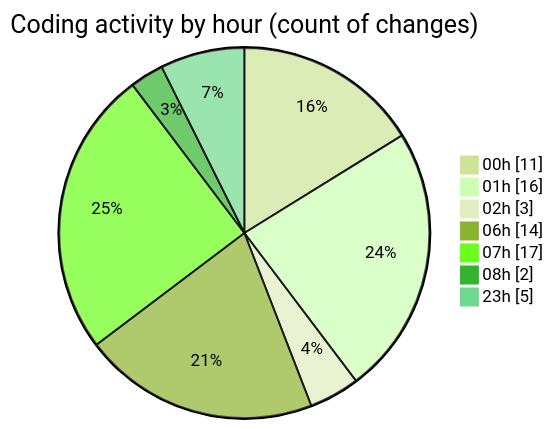
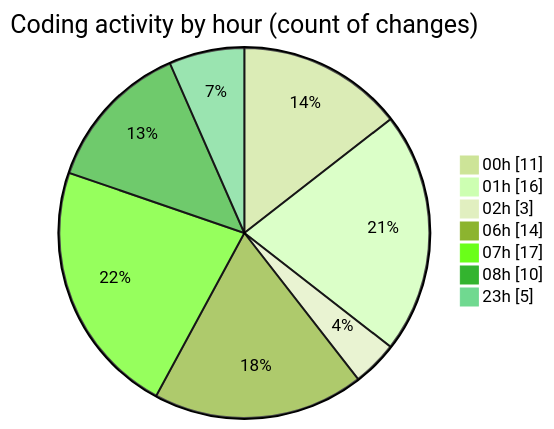
Before and after one commit to Elitesun/code-tracking: the second of 2 diagrams in 2025-02-21/projet/README.md, drawn with Mermaid (forest theme). The commit also changed other lines of this file and 1 other file, not shown here.

````diff
--- a/2025-02-21/projet/README.md
+++ b/2025-02-21/projet/README.md
@@ -39,11 +42,11 @@
 ```mermaid
 pie showData
 title Coding activity by hour (count of changes)
 "00h" : 11
 "01h" : 16
 "02h" : 3
 "06h" : 14
 "07h" : 17
-"08h" : 2
+"08h" : 10
 "23h" : 5
 ```
````
